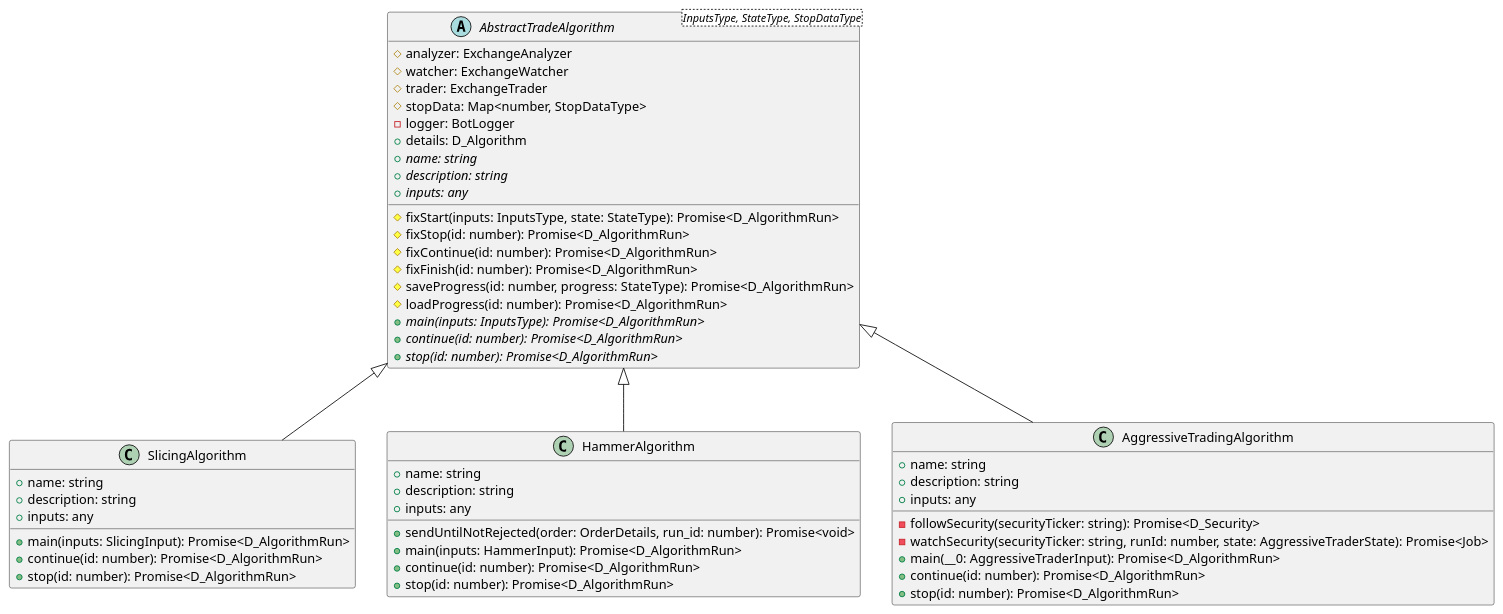
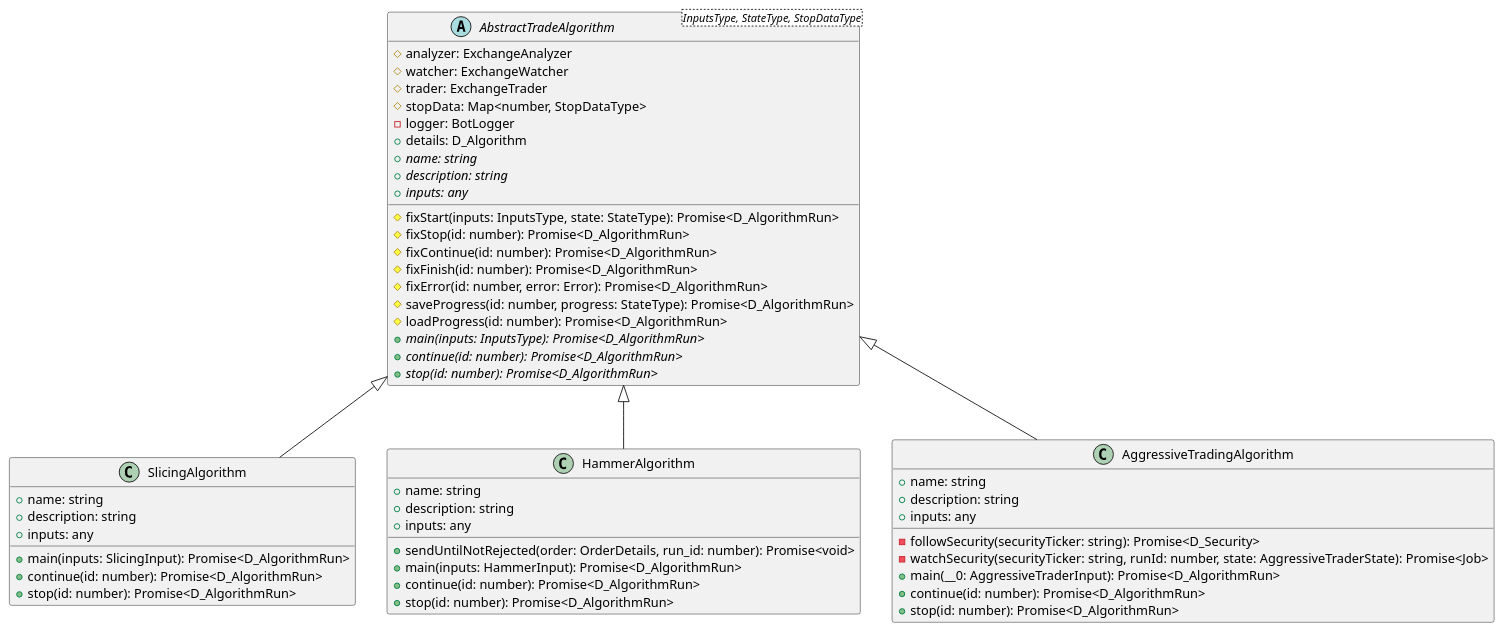
Before and after one commit to d0rich/tradeb0t: the diagram in docs/src/algorithms.puml, drawn with PlantUML. The commit also changed 7 other files, not shown here.

Commit message:
Create diagrams

```diff
--- a/docs/src/algorithms.puml
+++ b/docs/src/algorithms.puml
@@ -1,52 +1,53 @@
 @startuml
 abstract class AbstractTradeAlgorithm<InputsType, StateType, StopDataType> {
     #analyzer: ExchangeAnalyzer
     #watcher: ExchangeWatcher
     #trader: ExchangeTrader
     #stopData: Map<number, StopDataType>
     -logger: BotLogger
     +details: D_Algorithm
     #fixStart(inputs: InputsType, state: StateType): Promise<D_AlgorithmRun>
     #fixStop(id: number): Promise<D_AlgorithmRun>
     #fixContinue(id: number): Promise<D_AlgorithmRun>
     #fixFinish(id: number): Promise<D_AlgorithmRun>
+    #fixError(id: number, error: Error): Promise<D_AlgorithmRun>
     #saveProgress(id: number, progress: StateType): Promise<D_AlgorithmRun>
     #loadProgress(id: number): Promise<D_AlgorithmRun>
     +{abstract} name: string
     +{abstract} description: string
     +{abstract} inputs: any
     +{abstract} main(inputs: InputsType): Promise<D_AlgorithmRun>
     +{abstract} continue(id: number): Promise<D_AlgorithmRun>
     +{abstract} stop(id: number): Promise<D_AlgorithmRun>
 }
 
 class SlicingAlgorithm extends AbstractTradeAlgorithm {
     +name: string
     +description: string
     +inputs: any
     +main(inputs: SlicingInput): Promise<D_AlgorithmRun>
     +continue(id: number): Promise<D_AlgorithmRun>
     +stop(id: number): Promise<D_AlgorithmRun>
 }
 
 class HammerAlgorithm extends AbstractTradeAlgorithm {
     +name: string
     +description: string
     +inputs: any
     +sendUntilNotRejected(order: OrderDetails, run_id: number): Promise<void>
     +main(inputs: HammerInput): Promise<D_AlgorithmRun>
     +continue(id: number): Promise<D_AlgorithmRun>
     +stop(id: number): Promise<D_AlgorithmRun>
 }
 
 class AggressiveTradingAlgorithm extends AbstractTradeAlgorithm {
     +name: string
     +description: string
     +inputs: any
     -followSecurity(securityTicker: string): Promise<D_Security>
     -watchSecurity(securityTicker: string, runId: number, state: AggressiveTraderState): Promise<Job>
     +main(__0: AggressiveTraderInput): Promise<D_AlgorithmRun>
     +continue(id: number): Promise<D_AlgorithmRun>
     +stop(id: number): Promise<D_AlgorithmRun>
 }
 @enduml
```
